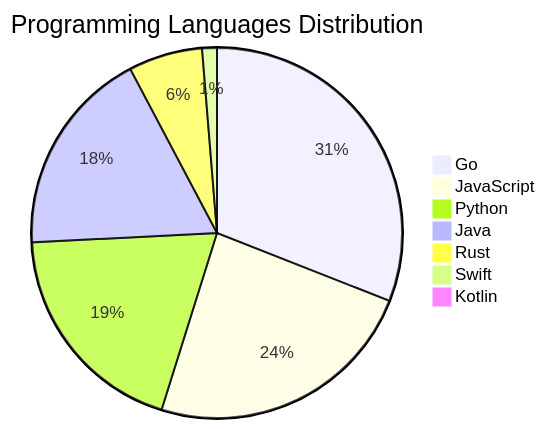
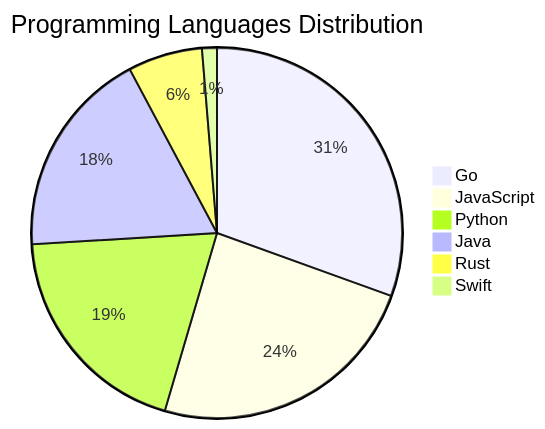
One commit to Derrick-MUGISHA/github-activity-bot changed the diagram in README.md. Above: the diagram before and after it, drawn with Mermaid. The commit also changed other lines of this file and 4 other files, not shown here.

````diff
--- a/README.md
+++ b/README.md
@@ -213,10 +212,9 @@
 ```mermaid
 pie title Programming Languages Distribution
-    "Go" : 48
+    "Go" : 47
     "JavaScript" : 37
     "Python" : 30
     "Java" : 28
     "Rust" : 10
     "Swift" : 2
-    "Kotlin" : 1
 ```
````
